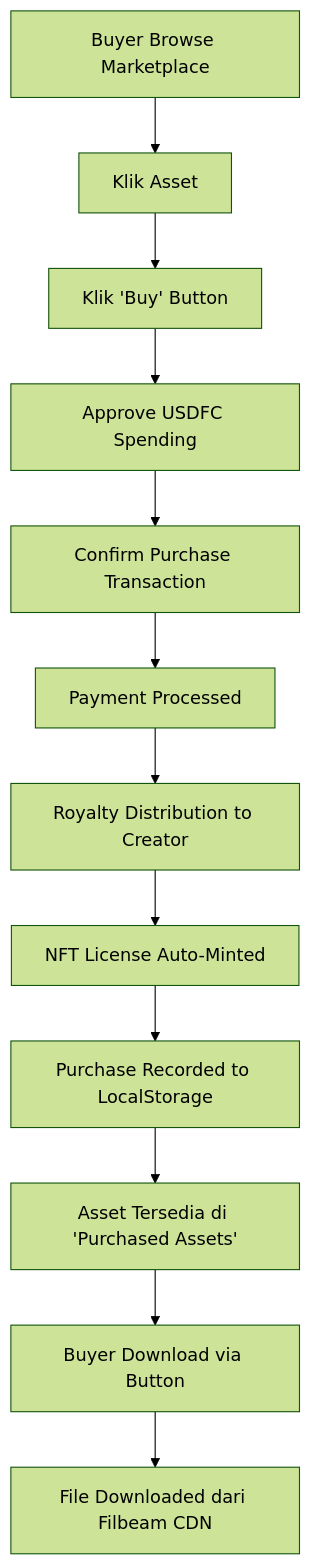
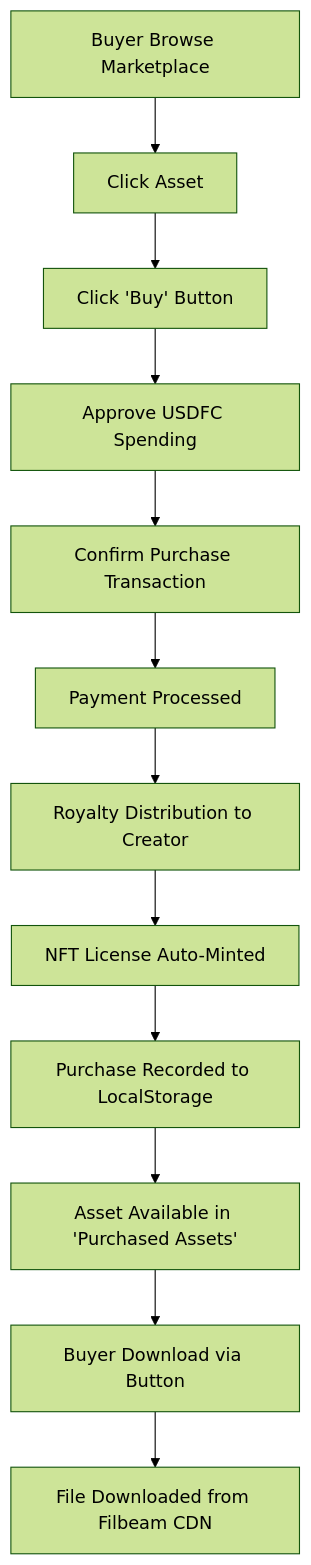
Before and after one commit to mdlog/filora: the diagram in BUYER_ACCESS_GUIDE.md, drawn with Mermaid (forest theme). The commit also changed other lines of this file and 21 other files, not shown here.

````diff
--- a/BUYER_ACCESS_GUIDE.md
+++ b/BUYER_ACCESS_GUIDE.md
@@ -63,14 +63,14 @@
 ```mermaid
 graph TD
-    A[Buyer Browse Marketplace] --> B[Klik Asset]
-    B --> C[Klik 'Buy' Button]
+    A[Buyer Browse Marketplace] --> B[Click Asset]
+    B --> C[Click 'Buy' Button]
     C --> D[Approve USDFC Spending]
     D --> E[Confirm Purchase Transaction]
     E --> F[Payment Processed]
     F --> G[Royalty Distribution to Creator]
     G --> H[NFT License Auto-Minted]
     H --> I[Purchase Recorded to LocalStorage]
-    I --> J[Asset Tersedia di 'Purchased Assets']
+    I --> J[Asset Available in 'Purchased Assets']
     J --> K[Buyer Download via Button]
-    K --> L[File Downloaded dari Filbeam CDN]
+    K --> L[File Downloaded from Filbeam CDN]
 ```
````
